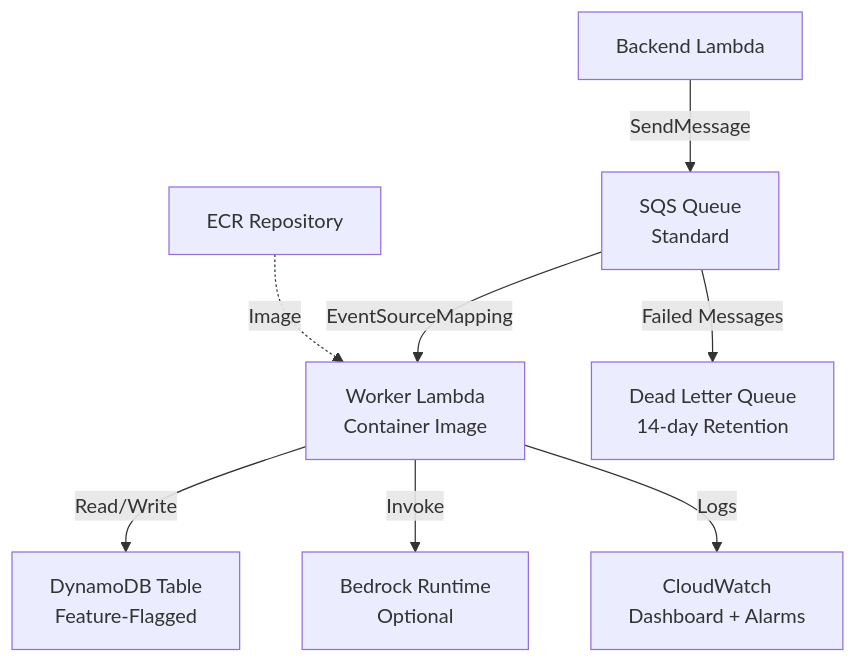
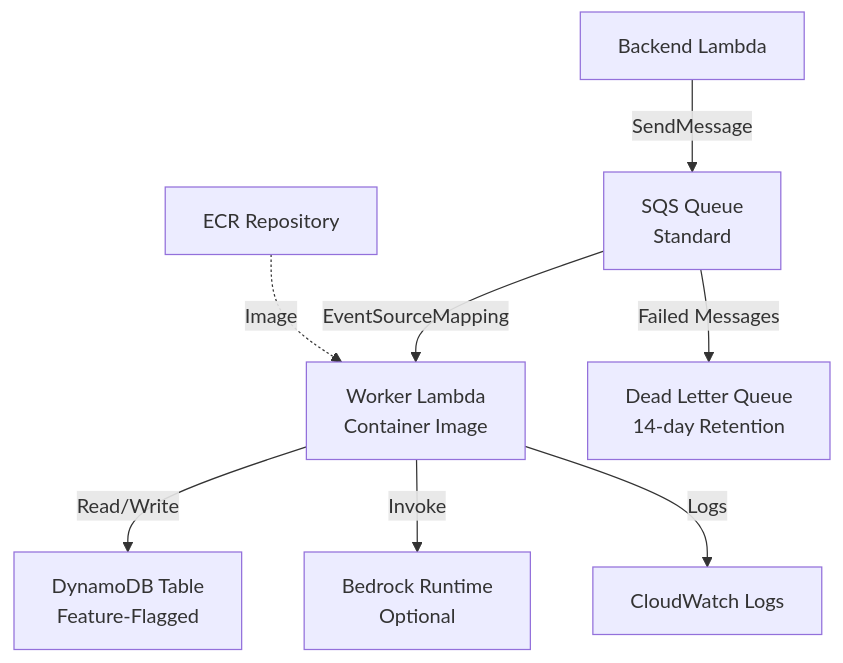
Before and after one commit to aws-samples/sample-innovation-patterns: the diagram in docs/docs/stacks/queue/deployment-arch.md, drawn with Mermaid. The commit also changed other lines of this file and 14 other files, not shown here.

````diff
--- a/docs/docs/stacks/queue/deployment-arch.md
+++ b/docs/docs/stacks/queue/deployment-arch.md
@@ -10,10 +10,10 @@
 ```mermaid
 graph TD
     Backend[Backend Lambda] -->|SendMessage| SQS[SQS Queue<br/>Standard]
     SQS -->|EventSourceMapping| Worker[Worker Lambda<br/>Container Image]
     SQS -->|Failed Messages| DLQ[Dead Letter Queue<br/>14-day Retention]
     Worker -->|Read/Write| DDB[DynamoDB Table<br/>Feature-Flagged]
     Worker -->|Invoke| Bedrock[Bedrock Runtime<br/>Optional]
-    Worker -->|Logs| CW[CloudWatch<br/>Dashboard + Alarms]
+    Worker -->|Logs| CWLogs[CloudWatch Logs]
     ECR[ECR Repository] -.->|Image| Worker
 ```
````
